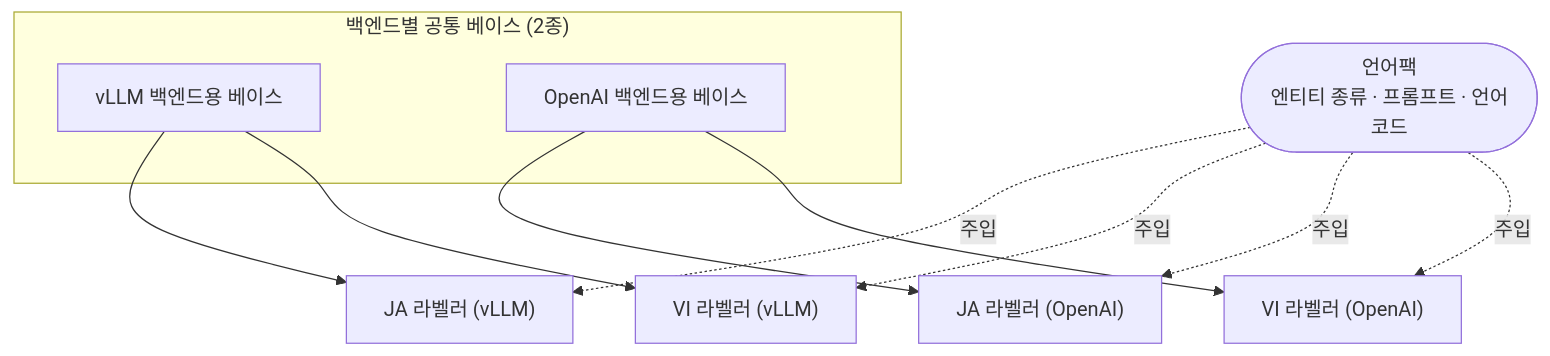
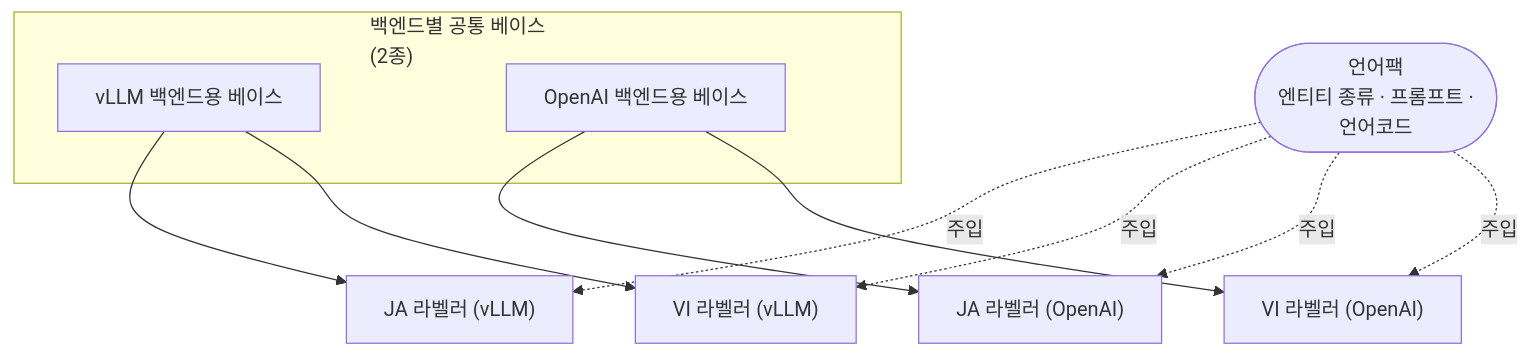
Before and after one commit to groovallstar/ner-pipeline-public: the second of 2 diagrams in docs/manual/pipeline/1-labeling.md, drawn with Mermaid. The commit also changed other lines of this file and 7 other files, not shown here.

First line of the commit message:
docs: mermaid CJK 세로 잘림 해소 — 긴 라벨 줄바꿈

````diff
--- a/docs/manual/pipeline/1-labeling.md
+++ b/docs/manual/pipeline/1-labeling.md
@@ -60,12 +60,12 @@
 ```mermaid
 flowchart TD
-    subgraph base["백엔드별 공통 베이스 (2종)"]
+    subgraph base["백엔드별 공통 베이스<br/>(2종)"]
         BV["vLLM 백엔드용 베이스"]
         BO["OpenAI 백엔드용 베이스"]
     end
     BV --> JV["JA 라벨러 (vLLM)"]
     BV --> VV["VI 라벨러 (vLLM)"]
     BO --> JO["JA 라벨러 (OpenAI)"]
     BO --> VO["VI 라벨러 (OpenAI)"]
-    LP(["언어팩<br/>엔티티 종류 · 프롬프트 · 언어코드"]) -. 주입 .-> JV & VV & JO & VO
+    LP(["언어팩<br/>엔티티 종류 · 프롬프트 ·<br/>언어코드"]) -. 주입 .-> JV & VV & JO & VO
 ```
````
